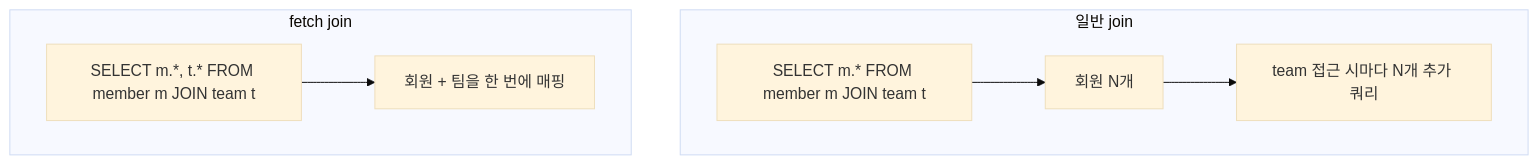
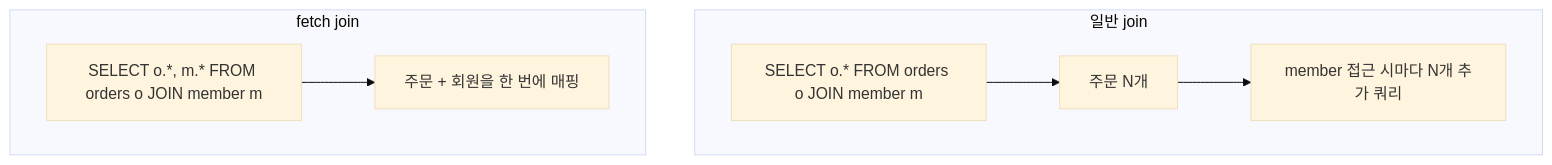
Before and after one commit to scofe97/StduyWrite: the second of 2 diagrams in write/05_data/querydsl/01-03.기본 문법과 조인.md, drawn with Mermaid (base theme). The commit also changed other lines of this file and 2 other files, not shown here.

````diff
--- a/write/05_data/querydsl/01-03.기본 문법과 조인.md
+++ b/write/05_data/querydsl/01-03.기본 문법과 조인.md
@@ -210,9 +263,9 @@
 ```mermaid
 flowchart TB
     subgraph normal["일반 join"]
-        n1["SELECT m.* FROM member m JOIN team t"] --> n2["회원 N개"] --> n3["team 접근 시마다 N개 추가 쿼리"]
+        n1["SELECT o.* FROM orders o JOIN member m"] --> n2["주문 N개"] --> n3["member 접근 시마다 N개 추가 쿼리"]
     end
     subgraph fetch["fetch join"]
-        f1["SELECT m.*, t.* FROM member m JOIN team t"] --> f2["회원 + 팀을 한 번에 매핑"]
+        f1["SELECT o.*, m.* FROM orders o JOIN member m"] --> f2["주문 + 회원을 한 번에 매핑"]
     end
 ```
````
